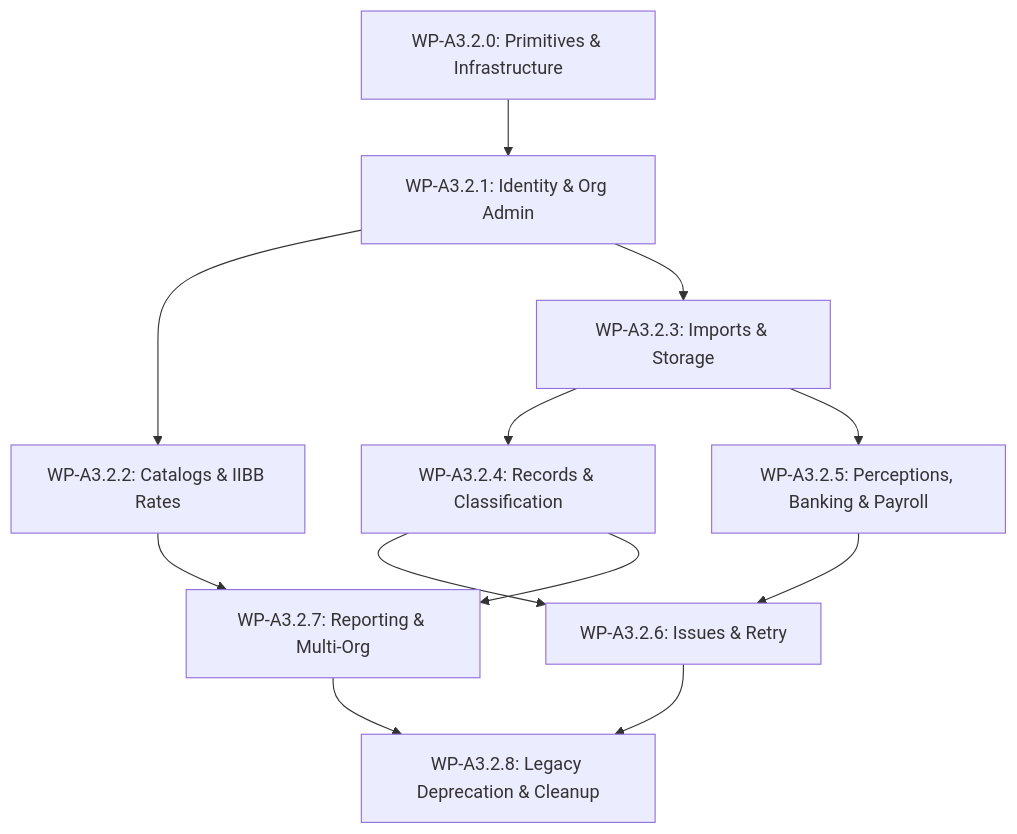
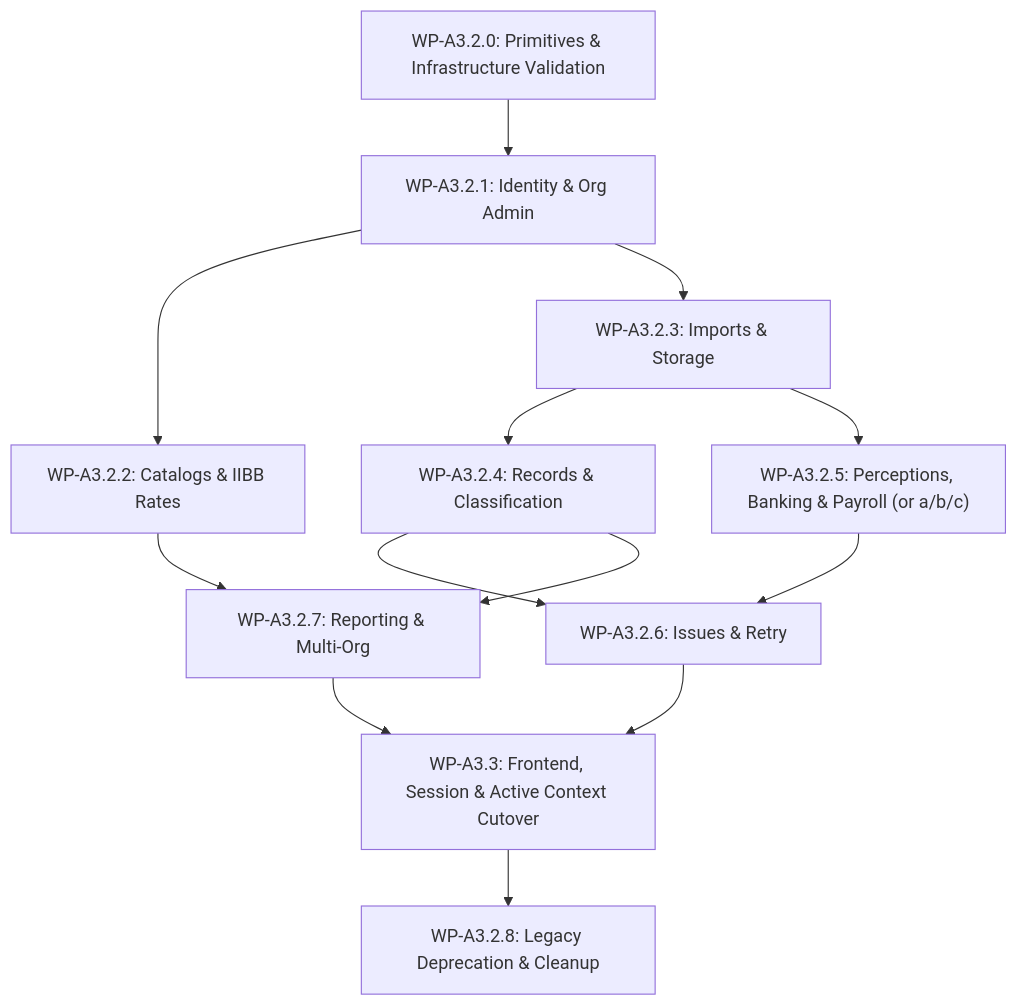
One commit to amoresemiliano/mica_contable_sistema changed the diagram in docs/MICA_AUTHORIZATION_CUTOVER_SEQUENCE.md. Above: the diagram before and after it, drawn with Mermaid. The commit also changed other lines of this file and 5 other files, not shown here.

````diff
--- a/docs/MICA_AUTHORIZATION_CUTOVER_SEQUENCE.md
+++ b/docs/MICA_AUTHORIZATION_CUTOVER_SEQUENCE.md
@@ -32,14 +37,15 @@
 ```mermaid
 graph TD
-    A320[WP-A3.2.0: Primitives & Infrastructure] --> A321[WP-A3.2.1: Identity & Org Admin]
-    A321 --> A322[WP-A3.2.2: Catalogs & IIBB Rates]
-    A321 --> A323[WP-A3.2.3: Imports & Storage]
-    A323 --> A324[WP-A3.2.4: Records & Classification]
-    A323 --> A325[WP-A3.2.5: Perceptions, Banking & Payroll]
-    A324 --> A326[WP-A3.2.6: Issues & Retry]
+    A320["WP-A3.2.0: Primitives & Infrastructure Validation"] --> A321["WP-A3.2.1: Identity & Org Admin"]
+    A321 --> A322["WP-A3.2.2: Catalogs & IIBB Rates"]
+    A321 --> A323["WP-A3.2.3: Imports & Storage"]
+    A323 --> A324["WP-A3.2.4: Records & Classification"]
+    A323 --> A325["WP-A3.2.5: Perceptions, Banking & Payroll (or a/b/c)"]
+    A324 --> A326["WP-A3.2.6: Issues & Retry"]
     A325 --> A326
-    A322 --> A327[WP-A3.2.7: Reporting & Multi-Org]
+    A322 --> A327["WP-A3.2.7: Reporting & Multi-Org"]
     A324 --> A327
-    A326 --> A328[WP-A3.2.8: Legacy Deprecation & Cleanup]
-    A327 --> A328
+    A326 --> A33["WP-A3.3: Frontend, Session & Active Context Cutover"]
+    A327 --> A33
+    A33 --> A328["WP-A3.2.8: Legacy Deprecation & Cleanup"]
 ```
````
